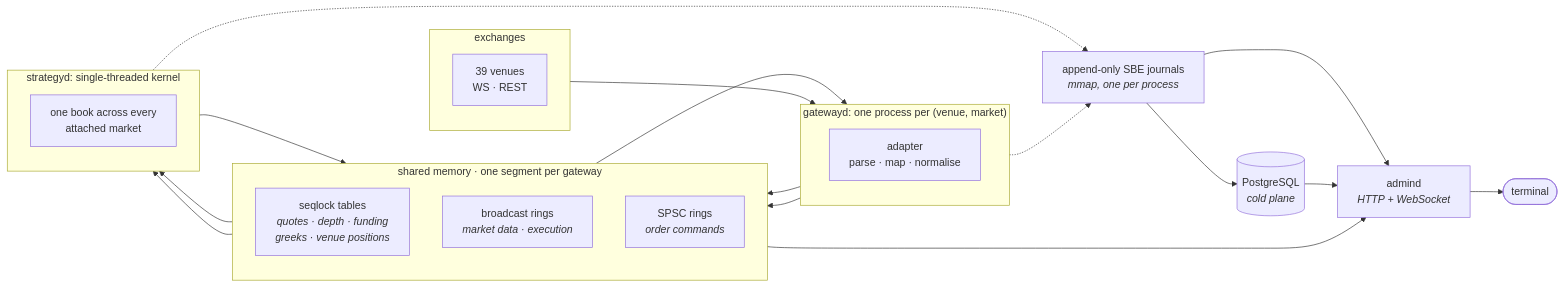
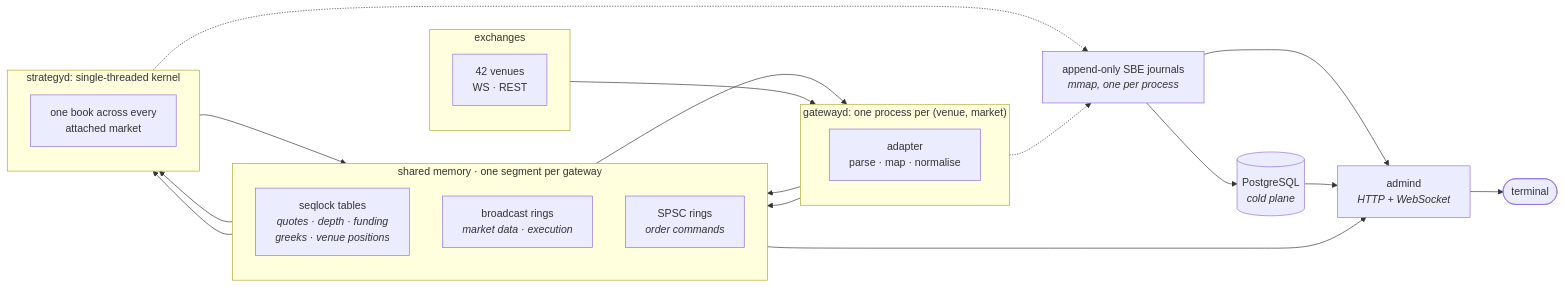
One commit to TeachPenguinsFly/raikiri changed the diagram in docs/README.md. Above: the diagram before and after it, drawn with Mermaid. The commit also changed other lines of this file and 88 other files, not shown here.

````diff
--- a/docs/README.md
+++ b/docs/README.md
@@ -16,41 +16,41 @@
 ```mermaid
 flowchart LR
     subgraph V["exchanges"]
         direction TB
-        E1["39 venues<br/>WS · REST"]
+        E1["42 venues<br/>WS · REST"]
     end
 
     subgraph G["gatewayd: one process per (venue, market)"]
         direction TB
         GA["adapter<br/>parse · map · normalise"]
     end
 
     subgraph S["shared memory · one segment per gateway"]
         direction TB
         T["seqlock tables<br/><i>quotes · depth · funding<br/>greeks · venue positions</i>"]
         R["broadcast rings<br/><i>market data · execution</i>"]
         C["SPSC rings<br/><i>order commands</i>"]
     end
 
     subgraph K["strategyd: single-threaded kernel"]
         direction TB
         ST["one book across every<br/>attached market"]
     end
 
     J["append-only SBE journals<br/><i>mmap, one per process</i>"]
     P[("PostgreSQL<br/><i>cold plane</i>")]
     A["admind<br/><i>HTTP + WebSocket</i>"]
 
     E1 --> GA
     GA --> T & R
     C --> GA
     T & R --> ST
     ST --> C
     GA -.-> J
     ST -.-> J
     J --> P
     T --> A
     J --> A
     P --> A
     A --> W(["terminal"])
 ```
````
